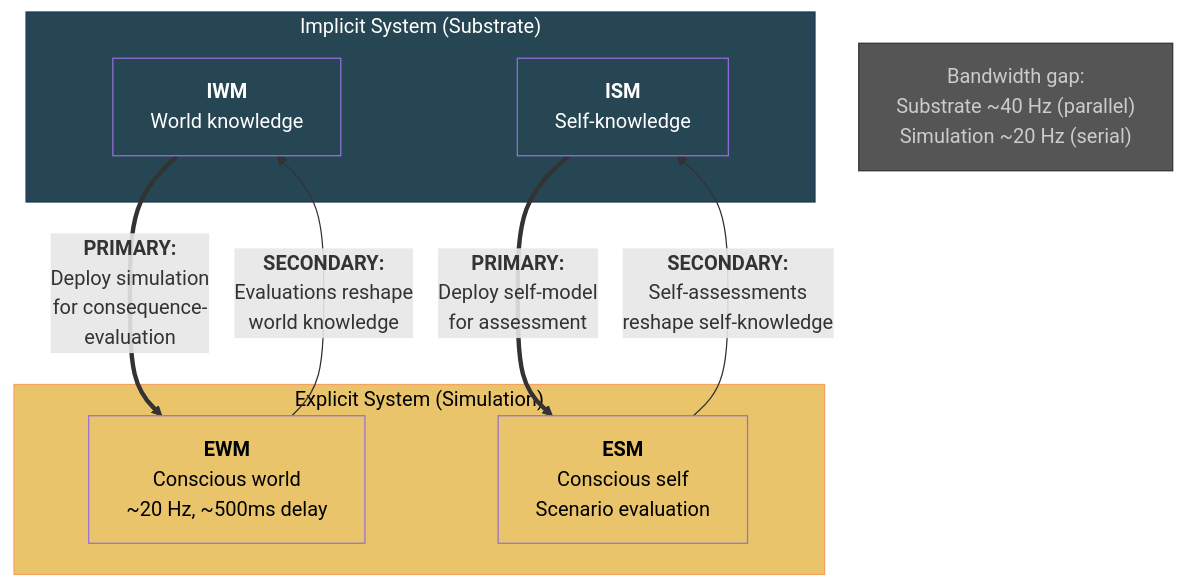
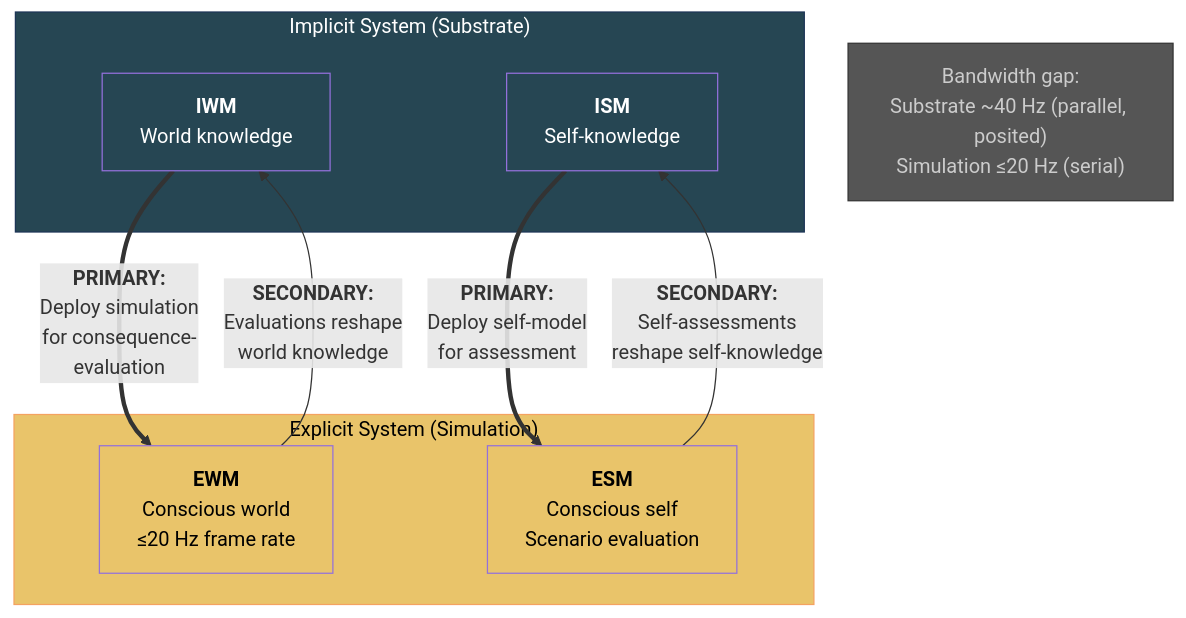
The diagram in wiki/bridge/dual-evaluation-intelligence.md (JeltzProstetnic/aIware), drawn with Mermaid before and after one commit. The commit also changed other lines of this file and 124 other files, not shown here.

````diff
--- a/wiki/bridge/dual-evaluation-intelligence.md
+++ b/wiki/bridge/dual-evaluation-intelligence.md
@@ -43,28 +43,28 @@
 ```mermaid
 graph TD
     subgraph Substrate["Implicit System (Substrate)"]
         IWM["<b>IWM</b><br/>World knowledge"]
         ISM["<b>ISM</b><br/>Self-knowledge"]
     end
 
     subgraph Simulation["Explicit System (Simulation)"]
-        EWM["<b>EWM</b><br/>Conscious world<br/>~20 Hz, ~500ms delay"]
+        EWM["<b>EWM</b><br/>Conscious world<br/>≤20 Hz frame rate"]
         ESM["<b>ESM</b><br/>Conscious self<br/>Scenario evaluation"]
     end
 
     IWM ==>|"<b>PRIMARY:</b><br/>Deploy simulation<br/>for consequence-<br/>evaluation"| EWM
     ISM ==>|"<b>PRIMARY:</b><br/>Deploy self-model<br/>for assessment"| ESM
 
     EWM -->|"<b>SECONDARY:</b><br/>Evaluations reshape<br/>world knowledge"| IWM
     ESM -->|"<b>SECONDARY:</b><br/>Self-assessments<br/>reshape self-knowledge"| ISM
 
-    BW["Bandwidth gap:<br/>Substrate ~40 Hz (parallel)<br/>Simulation ~20 Hz (serial)"]
+    BW["Bandwidth gap:<br/>Substrate ~40 Hz (parallel, posited)<br/>Simulation ≤20 Hz (serial)"]
 
     style Substrate fill:#264653,color:#fff,stroke:#1d3557
     style Simulation fill:#e9c46a,color:#000,stroke:#f4a261
     style IWM fill:#264653,color:#fff
     style ISM fill:#264653,color:#fff
     style EWM fill:#e9c46a,color:#000
     style ESM fill:#e9c46a,color:#000
     style BW fill:#555,color:#ccc,stroke:#333
 ```
````
